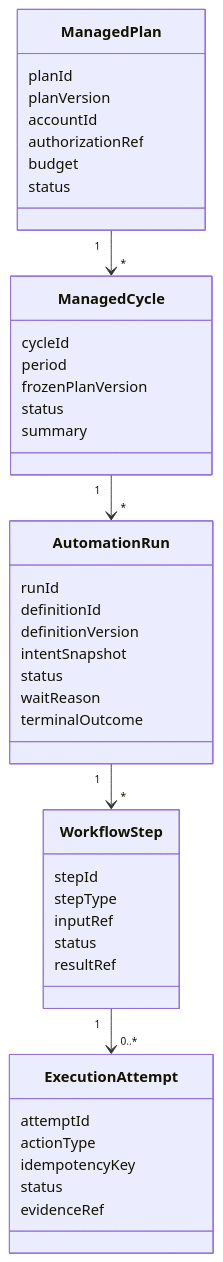
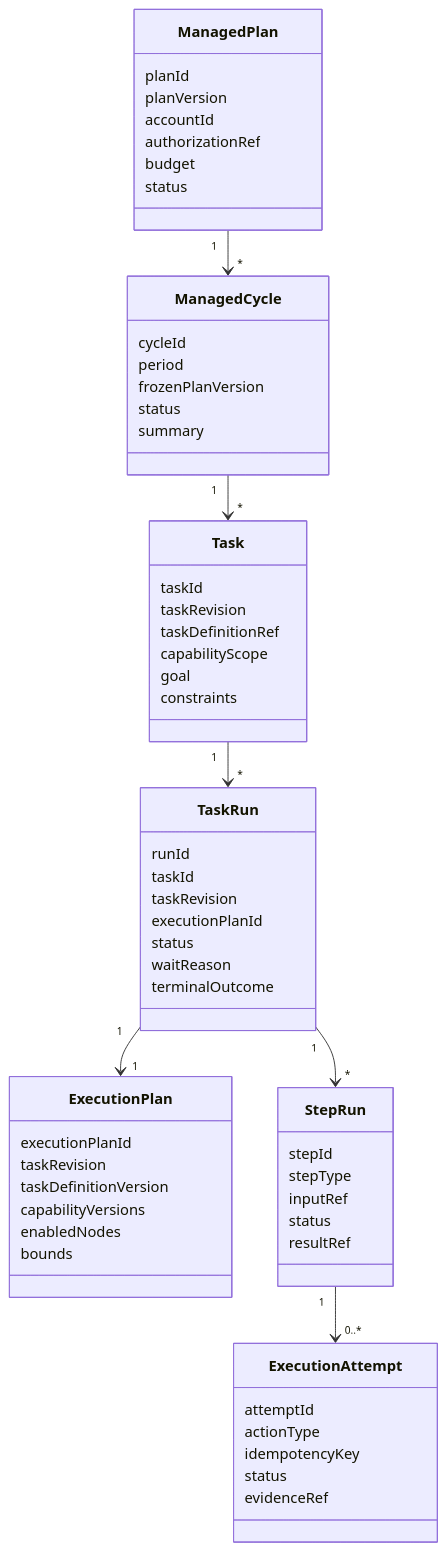
The second of 6 diagrams in openspec/changes/add-managed-automation-runtime/design.md (tommax-bai/aidcp), drawn with Mermaid before and after one commit. The commit also changed other lines of this file and 8 other files, not shown here.

Commit message:
docs: clarify automation task runtime model

````diff
--- a/openspec/changes/add-managed-automation-runtime/design.md
+++ b/openspec/changes/add-managed-automation-runtime/design.md
@@ -152,45 +152,63 @@
 ```mermaid
 classDiagram
   class ManagedPlan {
     planId
     planVersion
     accountId
     authorizationRef
     budget
     status
   }
   class ManagedCycle {
     cycleId
     period
     frozenPlanVersion
     status
     summary
   }
-  class AutomationRun {
+  class Task {
+    taskId
+    taskRevision
+    taskDefinitionRef
+    capabilityScope
+    goal
+    constraints
+  }
+  class ExecutionPlan {
+    executionPlanId
+    taskRevision
+    taskDefinitionVersion
+    capabilityVersions
+    enabledNodes
+    bounds
+  }
+  class TaskRun {
     runId
-    definitionId
-    definitionVersion
-    intentSnapshot
+    taskId
+    taskRevision
+    executionPlanId
     status
     waitReason
     terminalOutcome
   }
-  class WorkflowStep {
+  class StepRun {
     stepId
     stepType
     inputRef
     status
     resultRef
   }
   class ExecutionAttempt {
     attemptId
     actionType
     idempotencyKey
     status
     evidenceRef
   }
   ManagedPlan "1" --> "*" ManagedCycle
-  ManagedCycle "1" --> "*" AutomationRun
-  AutomationRun "1" --> "*" WorkflowStep
-  WorkflowStep "1" --> "0..*" ExecutionAttempt
+  ManagedCycle "1" --> "*" Task
+  Task "1" --> "*" TaskRun
+  TaskRun "1" --> "1" ExecutionPlan
+  TaskRun "1" --> "*" StepRun
+  StepRun "1" --> "0..*" ExecutionAttempt
 ```
````
